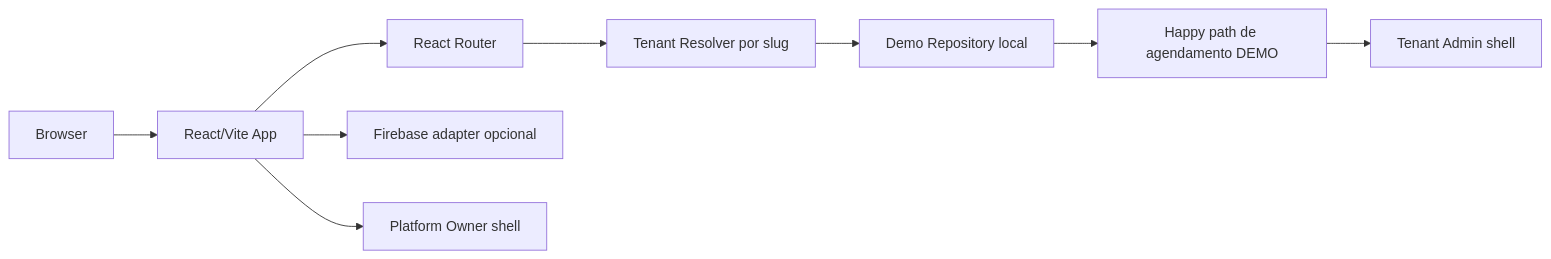
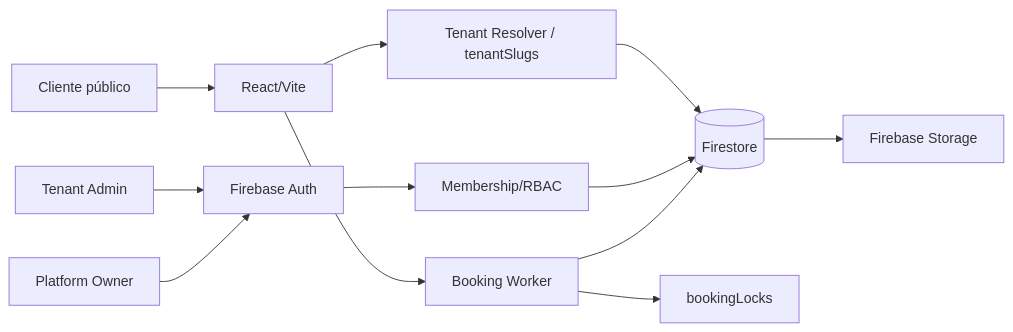
The diagram in docs/versions/v01-codex-ready-core-first/diagrams/source/01-system-context-baseline.mmd (CristianoRFB/Manicures), drawn with Mermaid before and after one commit. The commit also changed 91 other files, not shown here.

First line of the commit message:
feat: integrate SaaS Manicure multi-tenant, protected booking, media governance and QA

```diff
--- a/docs/versions/v01-codex-ready-core-first/diagrams/source/01-system-context-baseline.mmd
+++ b/docs/versions/v01-codex-ready-core-first/diagrams/source/01-system-context-baseline.mmd
@@ -1,9 +1,12 @@
 flowchart LR
-  Browser[Browser] --> React[React/Vite App]
-  React --> Router[React Router]
-  Router --> Resolver[Tenant Resolver por slug]
-  Resolver --> DemoRepo[Demo Repository local]
-  React --> FirebaseAdapter[Firebase adapter opcional]
-  DemoRepo --> Booking[Happy path de agendamento DEMO]
-  Booking --> TenantAdmin[Tenant Admin shell]
-  React --> Platform[Platform Owner shell]
+  Public[Cliente público] --> Web[React/Vite]
+  Admin[Tenant Admin] --> Auth[Firebase Auth]
+  Owner[Platform Owner] --> Auth
+  Web --> Resolver[Tenant Resolver / tenantSlugs]
+  Resolver --> Firestore[(Firestore)]
+  Auth --> Membership[Membership/RBAC]
+  Membership --> Firestore
+  Web --> Worker[Booking Worker]
+  Worker --> Firestore
+  Worker --> Locks[bookingLocks]
+  Firestore --> Storage[Firebase Storage]
```
